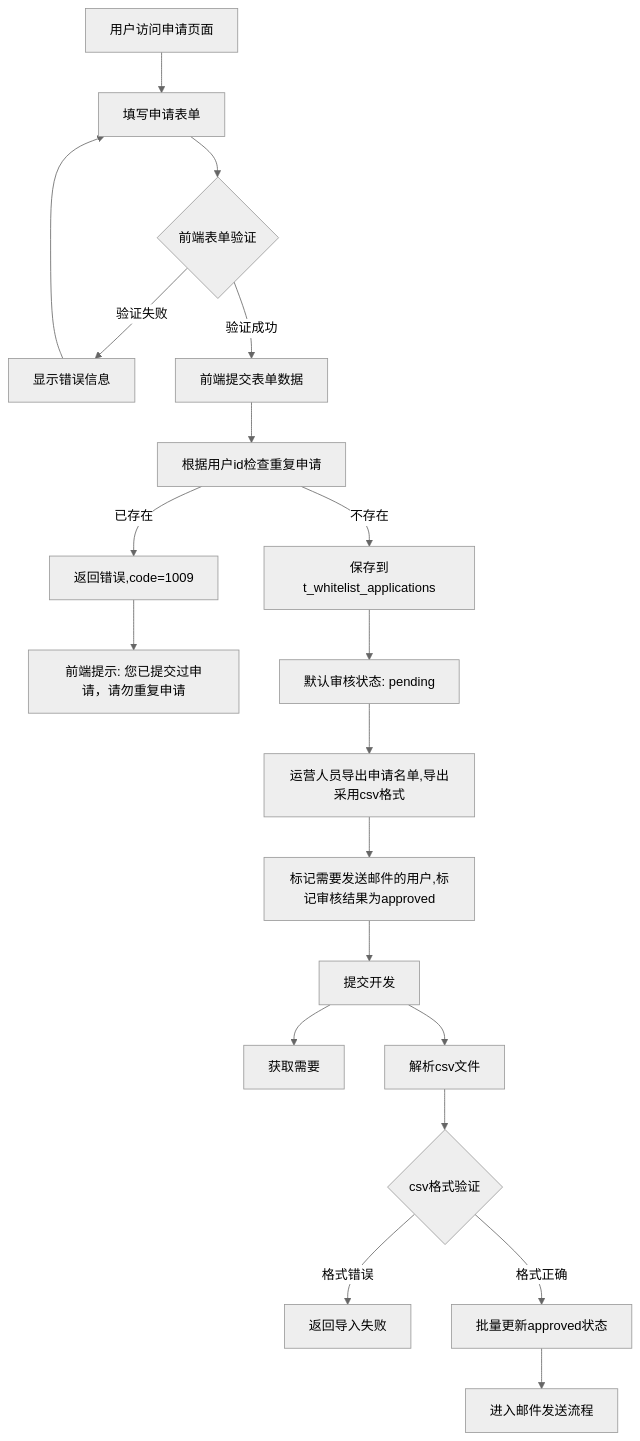
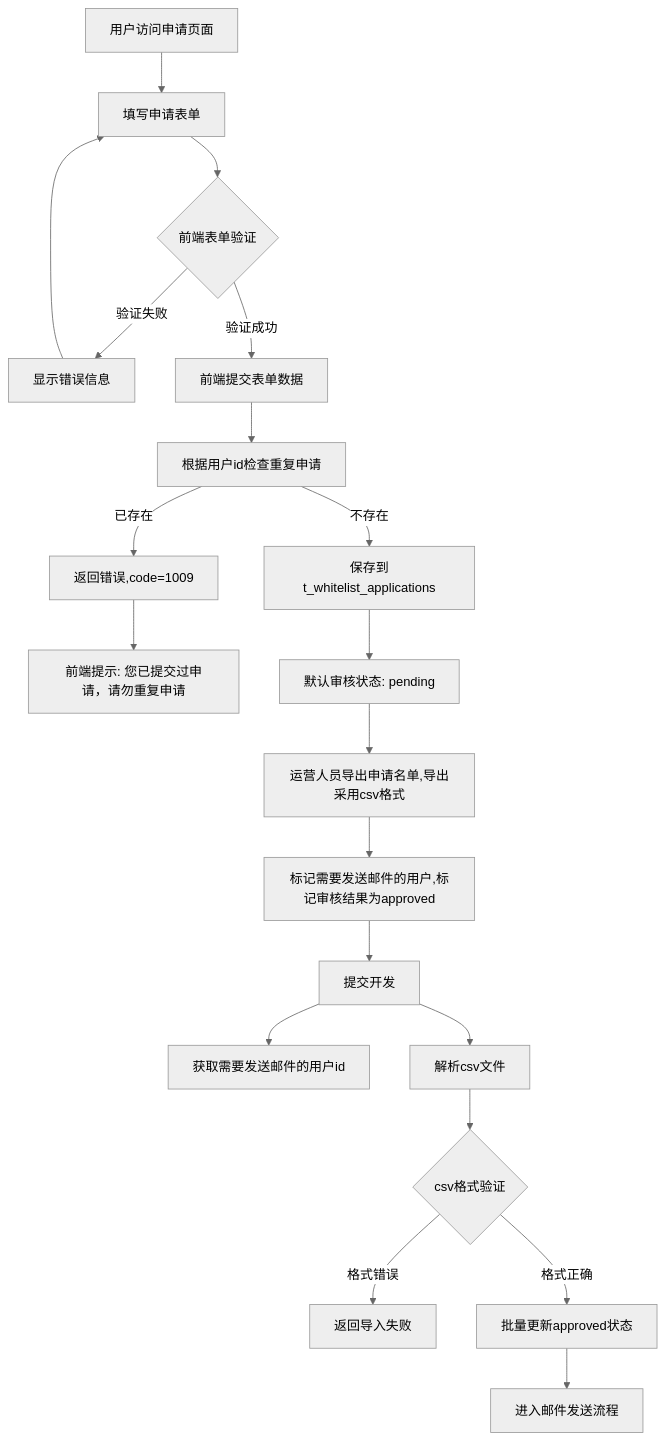
Before and after one commit to yingjianzh/iodraw-files: the diagram in all/未命名-76.md, drawn with Mermaid (neutral theme).

Commit message:
2025-07-08 09:51:50 update

````diff
--- a/all/未命名-76.md
+++ b/all/未命名-76.md
@@ -1,25 +1,25 @@
 ```mermaid
 
 flowchart TD
     A[用户访问申请页面] --> B[填写申请表单]
     B --> C{前端表单验证}
     C -->|验证失败| D[显示错误信息]
     D --> B
     C -->|验证成功| E[前端提交表单数据]
     E --> F[根据用户id检查重复申请]
     F -->|已存在| G[返回错误,code=1009]
     G --> H[前端提示: 您已提交过申请，请勿重复申请]
     F -->|不存在| I[保存到t_whitelist_applications]
     I --> K[默认审核状态: pending]
     
     K --> P[运营人员导出申请名单,导出采用csv格式]
     P --> S[标记需要发送邮件的用户,标记审核结果为approved]
     S --> T[提交开发]
-    T --> T1[获取需要]
+    T --> T1[获取需要发送邮件的用户id]
     T --> T2[解析csv文件]
     T2 --> T3{csv格式验证}
     T3 -->|格式错误| T4[返回导入失败]
     T3 -->|格式正确| U[批量更新approved状态]
     U --> V[进入邮件发送流程]
 
 ```
````
